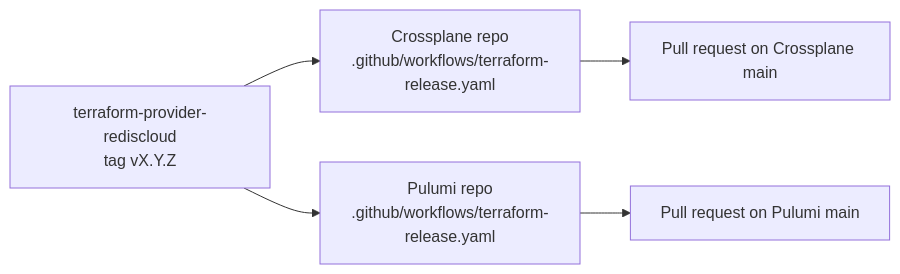
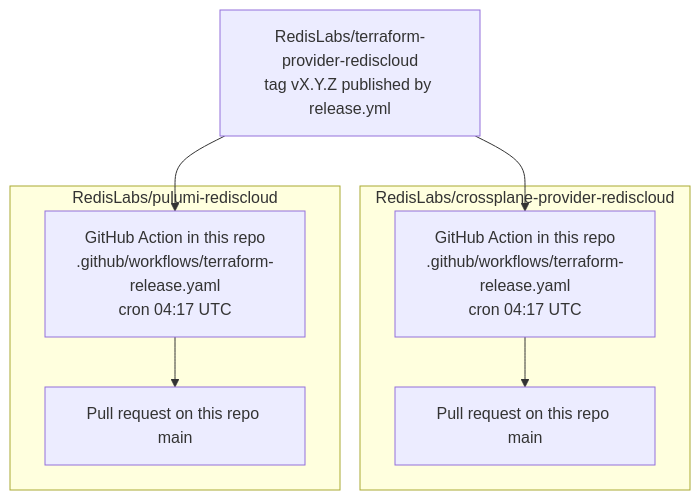
The second of 2 diagrams in docs/design/downstream-provider-releases.md (RedisLabs/terraform-provider-rediscloud), drawn with Mermaid before and after one commit. The commit also changed other lines of this file, not shown here.

````diff
--- a/docs/design/downstream-provider-releases.md
+++ b/docs/design/downstream-provider-releases.md
@@ -60,11 +61,19 @@
 ```mermaid
-flowchart LR
-    TF["terraform-provider-rediscloud<br/>tag vX.Y.Z"]
-    XP["Crossplane repo<br/>.github/workflows/terraform-release.yaml"]
-    PU["Pulumi repo<br/>.github/workflows/terraform-release.yaml"]
-    PRX["Pull request on Crossplane main"]
-    PRP["Pull request on Pulumi main"]
+flowchart TB
+    TF["RedisLabs/terraform-provider-rediscloud<br/>tag vX.Y.Z published by release.yml"]
 
-    TF --> XP --> PRX
-    TF --> PU --> PRP
+    subgraph XP["RedisLabs/crossplane-provider-rediscloud"]
+        XW["GitHub Action in this repo<br/>.github/workflows/terraform-release.yaml<br/>cron 04:17 UTC"]
+        PRX["Pull request on this repo main"]
+        XW --> PRX
+    end
+
+    subgraph PU["RedisLabs/pulumi-rediscloud"]
+        PW["GitHub Action in this repo<br/>.github/workflows/terraform-release.yaml<br/>cron 04:17 UTC"]
+        PRP["Pull request on this repo main"]
+        PW --> PRP
+    end
+
+    TF --> XW
+    TF --> PW
 ```
````
